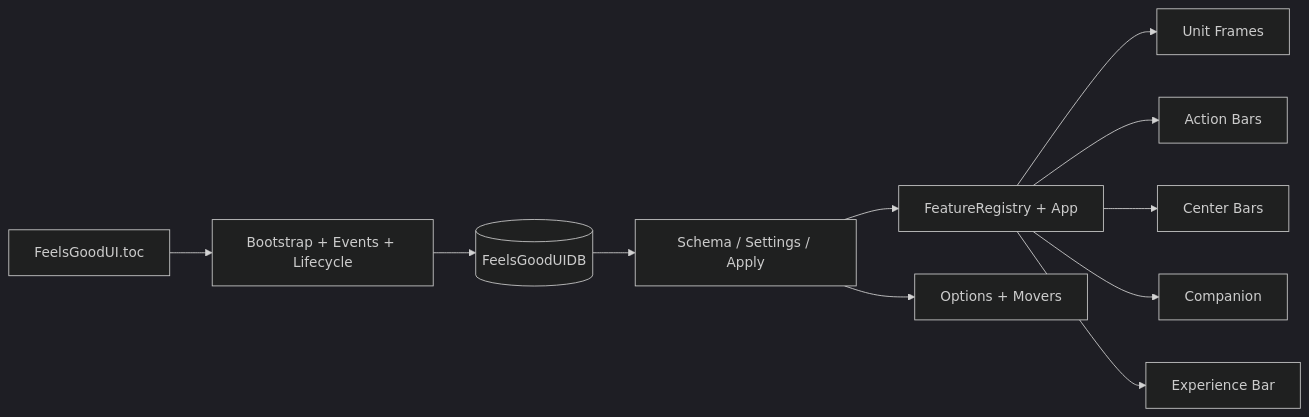
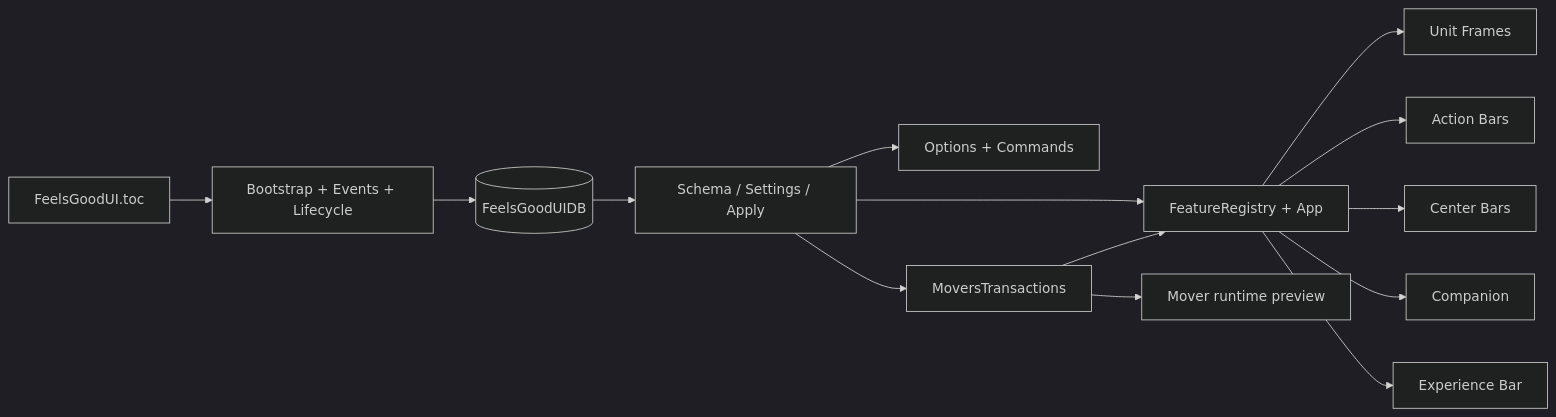
One commit to UnknownAlienHuman/feelsgood-ui changed the diagram in CODE_GRAPH.md. Above: the diagram before and after it, drawn with Mermaid (dark theme). The commit also changed 26 other files, not shown here.

````diff
--- a/CODE_GRAPH.md
+++ b/CODE_GRAPH.md
@@ -3,13 +3,16 @@
 ```mermaid
 flowchart LR
   TOC["FeelsGoodUI.toc"] --> Core["Bootstrap + Events + Lifecycle"]
   Core --> DB[("FeelsGoodUIDB")]
   DB --> Settings["Schema / Settings / Apply"]
   Settings --> Registry["FeatureRegistry + App"]
   Registry --> UF["Unit Frames"]
   Registry --> AB["Action Bars"]
   Registry --> CB["Center Bars"]
   Registry --> Companion["Companion"]
   Registry --> XP["Experience Bar"]
-  Settings --> UI["Options + Movers"]
+  Settings --> UI["Options + Commands"]
+  Settings --> MoverTx["MoversTransactions"]
+  MoverTx --> Movers["Mover runtime preview"]
+  MoverTx --> Registry
 ```
````
